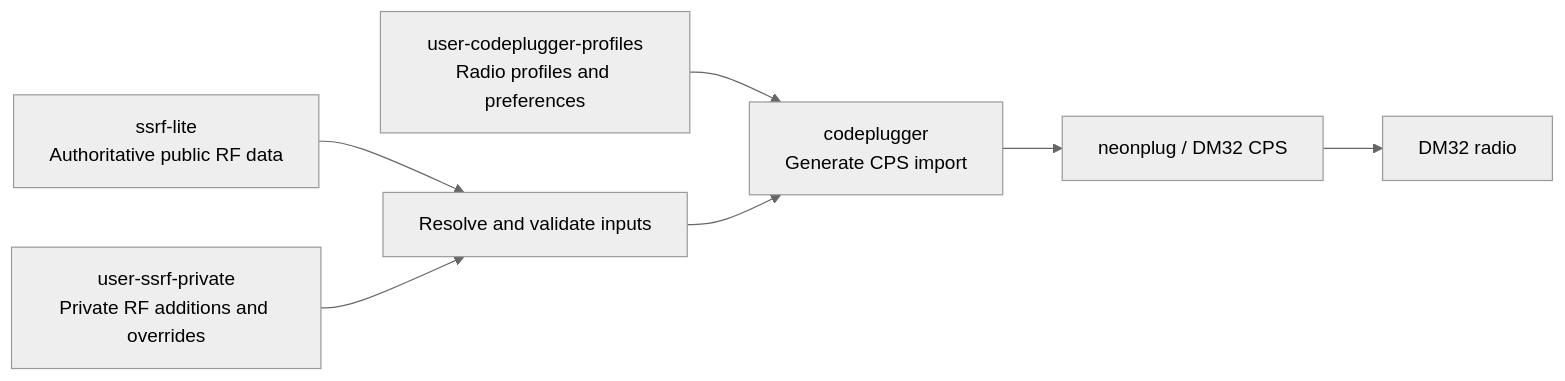
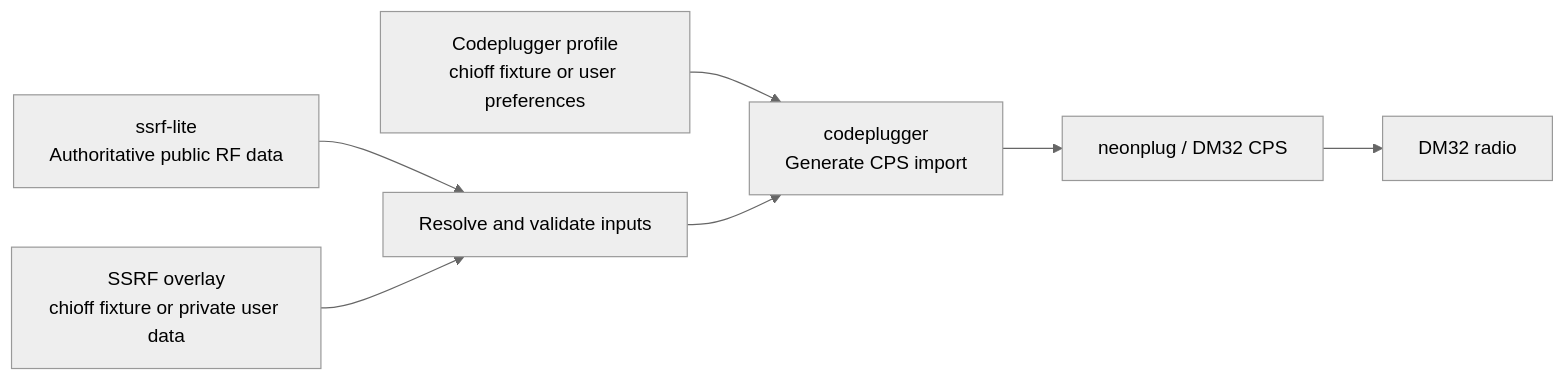
One commit to Chicago-Offline/codeplugger changed the diagram in docs/workflow.mmd. Above: the diagram before and after it, drawn with Mermaid (neutral theme). The commit also changed 1 other file, not shown here.

```diff
--- a/docs/workflow.mmd
+++ b/docs/workflow.mmd
@@ -1,15 +1,15 @@
 flowchart LR
     public["ssrf-lite<br/>Authoritative public RF data"]
-    private["user-ssrf-private<br/>Private RF additions and overrides"]
-    profiles["user-codeplugger-profiles<br/>Radio profiles and preferences"]
+    private["SSRF overlay<br/>chioff fixture or private user data"]
+    profiles["Codeplugger profile<br/>chioff fixture or user preferences"]
     merge["Resolve and validate inputs"]
     codeplugger["codeplugger<br/>Generate CPS import"]
     cps["neonplug / DM32 CPS"]
     radio["DM32 radio"]
 
     public --> merge
     private --> merge
     profiles --> codeplugger
     merge --> codeplugger
     codeplugger --> cps
     cps --> radio
```
